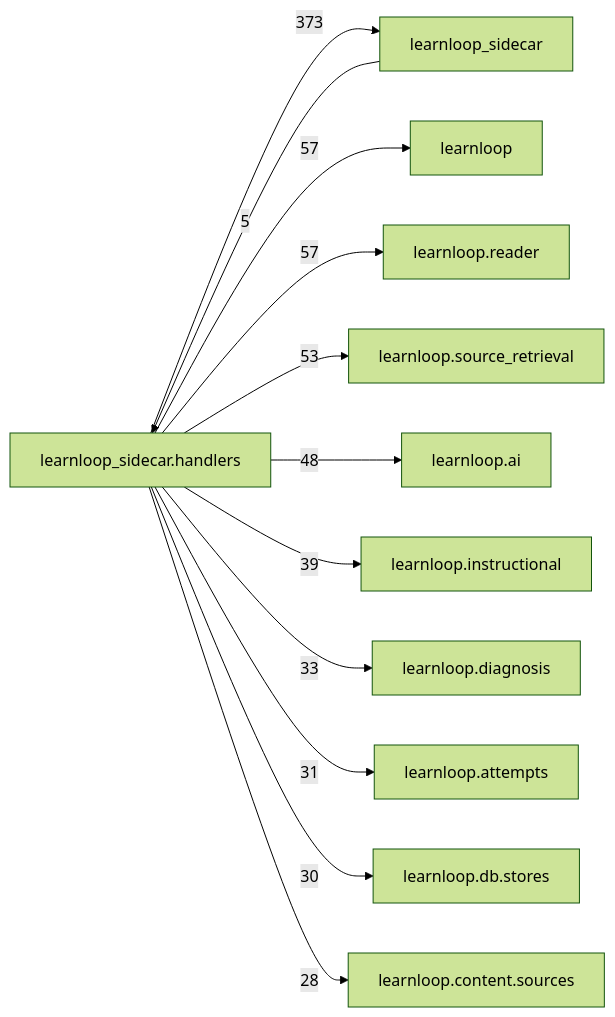
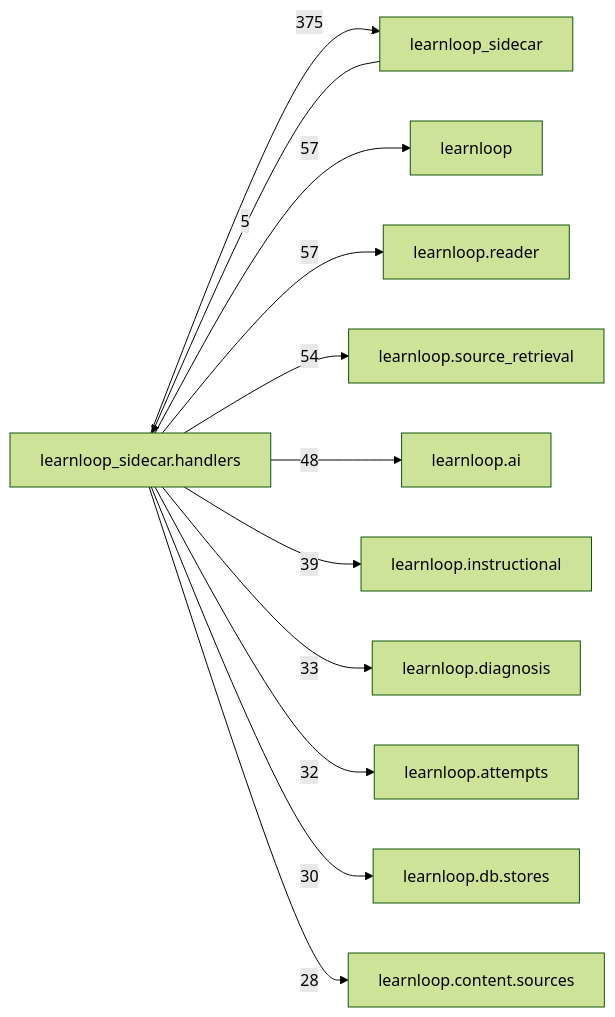
Before and after one commit to 6up-b/learnanything: the diagram in docs/learnloop-architecture-vault/Reference/Modules/learnloop_sidecar/handlers/_package.md, drawn with Mermaid (forest theme). The commit also changed other lines of this file and 62 other files, not shown here.

````diff
--- a/docs/learnloop-architecture-vault/Reference/Modules/learnloop_sidecar/handlers/_package.md
+++ b/docs/learnloop-architecture-vault/Reference/Modules/learnloop_sidecar/handlers/_package.md
@@ -287,25 +287,25 @@
 ```mermaid
 flowchart LR
     center["learnloop_sidecar.handlers"]
     n_learnloop_sidecar["learnloop_sidecar"]
     n_learnloop["learnloop"]
     n_learnloop_reader["learnloop.reader"]
     n_learnloop_source_retrieval["learnloop.source_retrieval"]
     n_learnloop_ai["learnloop.ai"]
     n_learnloop_instructional["learnloop.instructional"]
     n_learnloop_diagnosis["learnloop.diagnosis"]
     n_learnloop_attempts["learnloop.attempts"]
     n_learnloop_db_stores["learnloop.db.stores"]
     n_learnloop_content_sources["learnloop.content.sources"]
     n_learnloop_sidecar -->|5| center
-    center -->|373| n_learnloop_sidecar
+    center -->|375| n_learnloop_sidecar
     center -->|57| n_learnloop
     center -->|57| n_learnloop_reader
-    center -->|53| n_learnloop_source_retrieval
+    center -->|54| n_learnloop_source_retrieval
     center -->|48| n_learnloop_ai
     center -->|39| n_learnloop_instructional
     center -->|33| n_learnloop_diagnosis
-    center -->|31| n_learnloop_attempts
+    center -->|32| n_learnloop_attempts
     center -->|30| n_learnloop_db_stores
     center -->|28| n_learnloop_content_sources
 ```
````
